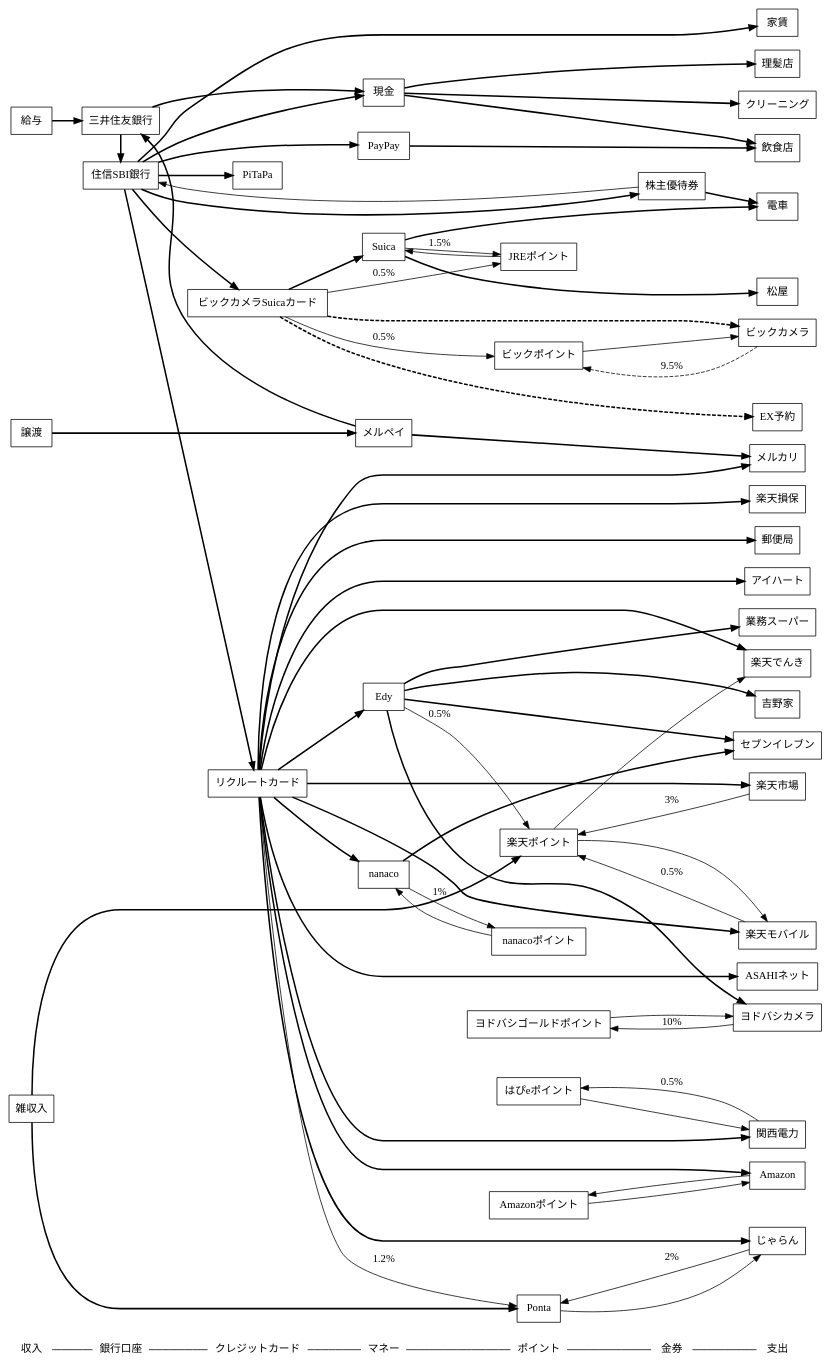
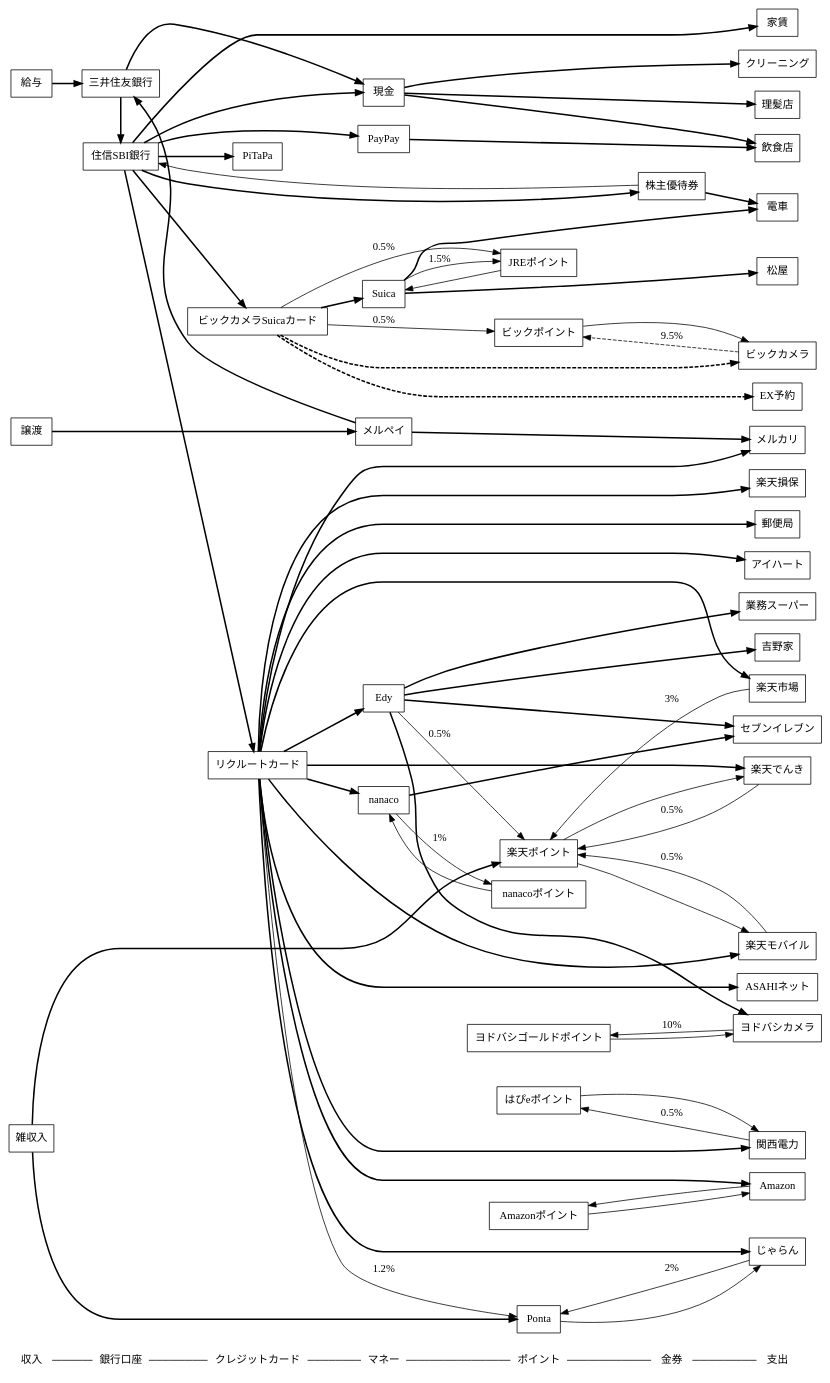
One commit to saireya/moneyflow changed the diagram in moneyflow.dot. Above: the diagram before and after it, drawn with Graphviz. The commit also changed 1 other file, not shown here.

```diff
--- a/moneyflow.dot
+++ b/moneyflow.dot
@@ -1,165 +1,166 @@
 // dot -Tsvg moneyflow.dot -o moneyflow.svg
 // edge: bold: 支出, solid: 還元(label:還元率), dashed: Obsolete
 digraph "MoneyFlow"
 {
 	graph [ rankdir = LR ];
 	node [ shape = box ];
 
 	"収入", "銀行口座", "クレジットカード", "マネー", "ポイント", "金券", "支出" [shape = none];
 	"収入" -> "銀行口座" -> "クレジットカード" -> "マネー" -> "ポイント" -> "金券" -> "支出" [arrowhead = none];
 	{
 		rank = same; "収入";
 		給与;
 		譲渡;
 		雑収入;
 	}
 
 	{
 		rank = same; "銀行口座";
 		三井住友銀行;
 		住信SBI銀行;
 	}
 
 	{
 		rank = same; "クレジットカード";
 		ビックカメラSuicaカード;
 		リクルートカード;
 		PiTaPa;
 	}
 
 	{
 		rank = same; "マネー";
 		Suica;
 		現金;
 		nanaco;
 		Edy;
 		PayPay;
 		メルペイ;
 	}
 
 	{
 		rank = same; "ポイント";
 		// 共通ポイント
 		Ponta;
 		楽天ポイント;
 		// クレジットカード関係
 		JREポイント;
 		// 独自ポイント
 		ビックポイント;
 		Amazonポイント;
 		nanacoポイント;
 		ヨドバシゴールドポイント;
 		はぴeポイント;
 	}
 
 	{
 		rank = same; "金券";
 		株主優待券;
 	}
 
 	{
 		rank = same; "支出";
 		家賃;
 		// コンビニ
 		セブンイレブン;
 		// 交通
 		電車;
 		// インフラ
 		ASAHIネット;
 		楽天モバイル;
 		楽天でんき;
 		関西電力;
 		楽天損保;
 		郵便局;
 		// 店舗
 		アイハート;
 		ビックカメラ;
 		ヨドバシカメラ;
 		飲食店;
 		業務スーパー;
 		松屋;
 		吉野家;
 		理髪店;
 		クリーニング;
 		// ネット
 		Amazon;
 		EX予約;
 		じゃらん;
 		メルカリ;
 		楽天市場;
 	}
 
 	// SMBC
 	給与 -> 三井住友銀行 [style="bold", weight=100];
 	三井住友銀行 -> 現金, 住信SBI銀行 [style="bold", weight=100];
 
 	// ビックカメラSuicaカード
 	ビックカメラSuicaカード -> JREポイント [label="0.5%"];
 	ビックカメラSuicaカード -> ビックカメラ [style="bold,dashed", weight=100];
 	ビックカメラ -> ビックポイント [style="dashed", label="9.5%"];
 	ビックカメラSuicaカード -> ビックポイント [label="0.5%"]
 	ビックポイント -> ビックカメラ;
 	ビックカメラSuicaカード -> Suica -> 電車 [style="bold", weight=100];
 	Suica -> 松屋 [style="bold", weight=100];
 	ビックカメラSuicaカード -> EX予約 [style="bold,dashed", weight=100];
 	Suica -> JREポイント [label="1.5%"];
 	JREポイント -> Suica;
 
 	// 住信SBI
 	住信SBI銀行 -> 現金 [style="bold", weight=100];
 	住信SBI銀行 -> 家賃 [style="bold", weight=100];
 	住信SBI銀行 -> ビックカメラSuicaカード, リクルートカード, PiTaPa [style="bold", weight=100];
 	住信SBI銀行 -> PayPay [style="bold", weight=100];
 	PayPay -> 飲食店 [style="bold", weight=100];
 	住信SBI銀行 -> 株主優待券 [style="bold", weight=100];
 	株主優待券 -> 電車 [style="bold", weight=100];
 	株主優待券 -> 住信SBI銀行;
 
 	// リクルートカード
 	リクルートカード -> ASAHIネット [style="bold", weight=100];
 	リクルートカード -> Amazon [style="bold", weight=100];
 	リクルートカード -> じゃらん [style="bold", weight=100];
 	リクルートカード -> アイハート [style="bold", weight=100];
 	リクルートカード -> 関西電力 [style="bold", weight=100];
 	関西電力 -> はぴeポイント [label="0.5%"];
 	はぴeポイント -> 関西電力;
 	リクルートカード -> 楽天でんき [style="bold", weight=100];
+	楽天でんき -> 楽天ポイント [label="0.5%"];
 	リクルートカード -> 楽天損保 [style="bold", weight=100];
 	リクルートカード -> 楽天市場 [style="bold", weight=100];
 	楽天市場 -> 楽天ポイント [label="3%"];
 	リクルートカード -> 楽天モバイル [style="bold", weight=100];
 	楽天モバイル -> 楽天ポイント [label="0.5%"];
 	楽天ポイント -> 楽天モバイル, 楽天でんき;
 	リクルートカード -> Edy [style="bold", weight=100];
 	Edy -> ヨドバシカメラ [style="bold", weight=100];
 	ヨドバシカメラ -> ヨドバシゴールドポイント [label="10%"];
 	ヨドバシゴールドポイント -> ヨドバシカメラ;
 	Edy -> 吉野家 [style="bold", weight=100];
 	Edy -> 楽天ポイント [label="0.5%"];
 	リクルートカード -> Ponta [label="1.2%"];
 	Ponta -> じゃらん;
 	じゃらん -> Ponta [label="2%"];
 	Amazon -> Amazonポイント -> Amazon;
 	リクルートカード -> nanaco [style="bold", weight=100];
 	nanaco -> セブンイレブン [style="bold", weight=100];
 	nanaco -> nanacoポイント [label="1%"];
 	nanacoポイント -> nanaco;
 	Edy -> 業務スーパー [style="bold", weight=100];
 	リクルートカード -> 郵便局 [style="bold", weight=100];
 	Edy -> セブンイレブン [style="bold", weight=100];
 
 	// 現金
 	現金 -> 飲食店 [style="bold", weight=100];
 	現金 -> 理髪店 [style="bold", weight=100];
 	現金 -> クリーニング [style="bold", weight=100];
 
 	// 譲渡
 	譲渡 -> メルペイ [style="bold", weight=100];
 	メルペイ -> メルカリ [style="bold", weight=100];
 	メルペイ -> 三井住友銀行 [style="bold", weight=100];
 	リクルートカード -> メルカリ [style="bold", weight=100];
 
 	// 雑収入
 	雑収入 -> 楽天ポイント [style="bold", weight=100];
 	雑収入 -> Ponta [style="bold", weight=100];
 }
```
